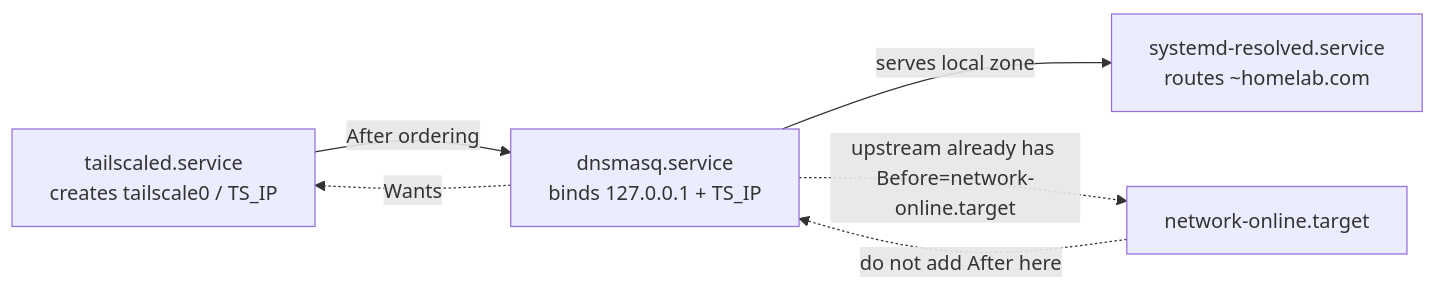
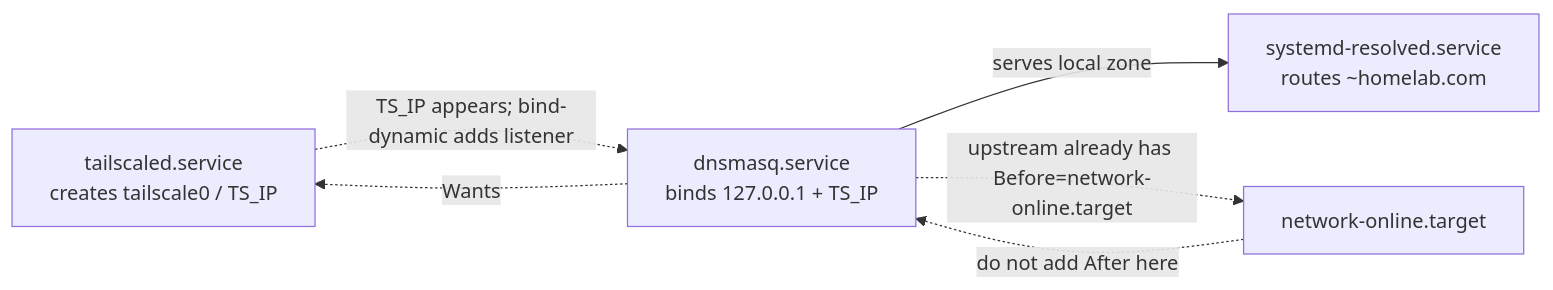
The second of 3 diagrams in docs/tailscale.md (specter119/quadlet-homelab), drawn with Mermaid before and after one commit. The commit also changed other lines of this file and 18 other files, not shown here.

````diff
--- a/docs/tailscale.md
+++ b/docs/tailscale.md
@@ -112,13 +111,13 @@
 ```mermaid
 flowchart LR
     tailscaled["tailscaled.service\ncreates tailscale0 / TS_IP"]
     dnsmasq["dnsmasq.service\nbinds 127.0.0.1 + TS_IP"]
     resolved["systemd-resolved.service\nroutes ~homelab.com"]
     network_online["network-online.target"]
 
-    tailscaled -->|"After ordering"| dnsmasq
+    tailscaled -.->|"TS_IP appears; bind-dynamic adds listener"| dnsmasq
     dnsmasq -.->|"Wants"| tailscaled
     dnsmasq -->|"serves local zone"| resolved
     dnsmasq -.->|"upstream already has Before=network-online.target"| network_online
     network_online -.->|"do not add After here"| dnsmasq
 ```
````
